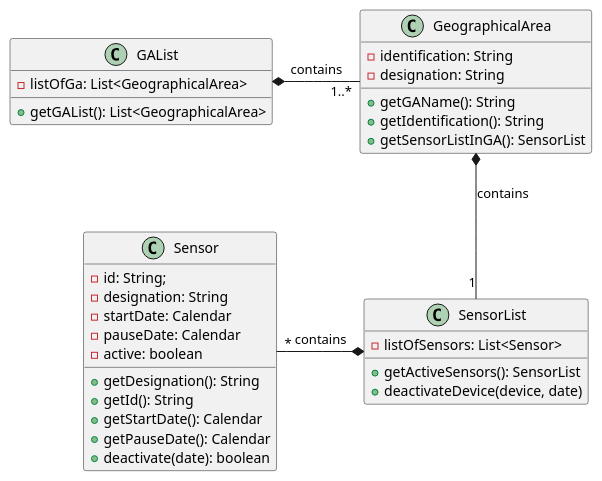
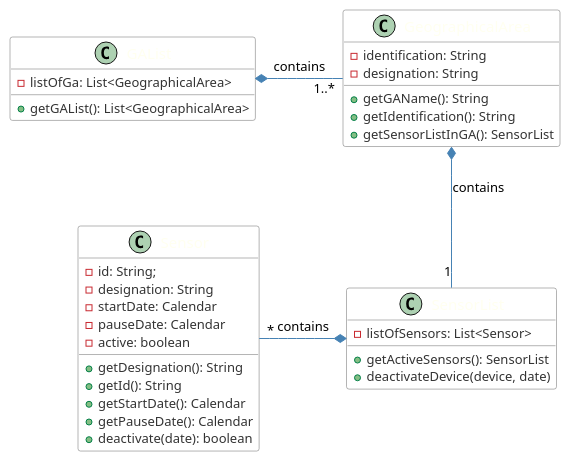
Before and after one commit to emanuel-pereira/hou: the diagram in src/main/java/smarthome/controller/classDiagrams/cd_DeactivateSensor.puml, drawn with PlantUML. The commit also changed 1 other file, not shown here.

Commit message:
Update Diagrams. Ref #119

```diff
--- a/src/main/java/smarthome/controller/classDiagrams/cd_DeactivateSensor.puml
+++ b/src/main/java/smarthome/controller/classDiagrams/cd_DeactivateSensor.puml
@@ -1,43 +1,56 @@
 @startuml
+
+skinparam class {
+	ArrowColor SteelBlue
+	BorderColor Dimgray
+	HeaderBackgroundColor SteelBlue
+	BackgroundColor White
+	FontName Calibri bold
+	AttributeFontColor #333
+	AttributeFontName Calibri
+	AttributeFontSize 13
+	FontColor Ivory
+	FontSize 15
+}
 
 class GAList{
 - listOfGa: List<GeographicalArea>
 + getGAList(): List<GeographicalArea>
 
 }
 
 class GeographicalArea{
 - identification: String
 - designation: String
 + getGAName(): String
 + getIdentification(): String
 + getSensorListInGA(): SensorList
 }
 
 
 class SensorList{
 - listOfSensors: List<Sensor>
 + getActiveSensors(): SensorList
 + deactivateDevice(device, date)
 }
 
 class Sensor {
 - id: String;
 - designation: String
 - startDate: Calendar
 - pauseDate: Calendar
 - active: boolean
 + getDesignation(): String
 + getId(): String
 + getStartDate(): Calendar
 + getPauseDate(): Calendar
 + deactivate(date): boolean
 }
 
 GAList *- "1..*"GeographicalArea: contains
 GeographicalArea *-- "1"SensorList: contains
 Sensor"*" -* SensorList: contains
 
 
 
 @enduml
```
